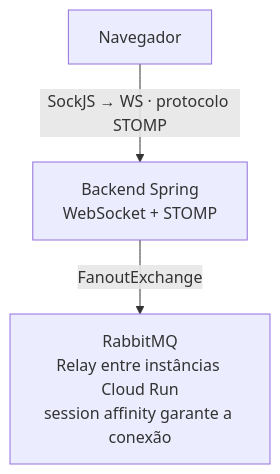
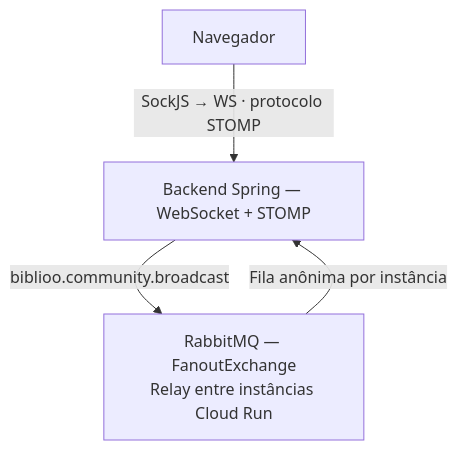
The diagram in code/front/README.md (marcosffp/biblioo), drawn with Mermaid before and after one commit. The commit also changed other lines of this file and 9 other files, not shown here.

````diff
--- a/code/front/README.md
+++ b/code/front/README.md
@@ -410,9 +437,10 @@
 ```mermaid
 flowchart TD
     NAV["Navegador"]
-    BE["Backend Spring\nWebSocket + STOMP"]
-    RMQ["RabbitMQ\nRelay entre instâncias Cloud Run\nsession affinity garante a conexão"]
+    BE["Backend Spring — WebSocket + STOMP"]
+    RMQ["RabbitMQ — FanoutExchange\nRelay entre instâncias Cloud Run"]
 
     NAV -->|"SockJS → WS · protocolo STOMP"| BE
-    BE -->|"FanoutExchange"| RMQ
+    BE -->|"biblioo.community.broadcast"| RMQ
+    RMQ -->|"Fila anônima por instância"| BE
 ```
````
